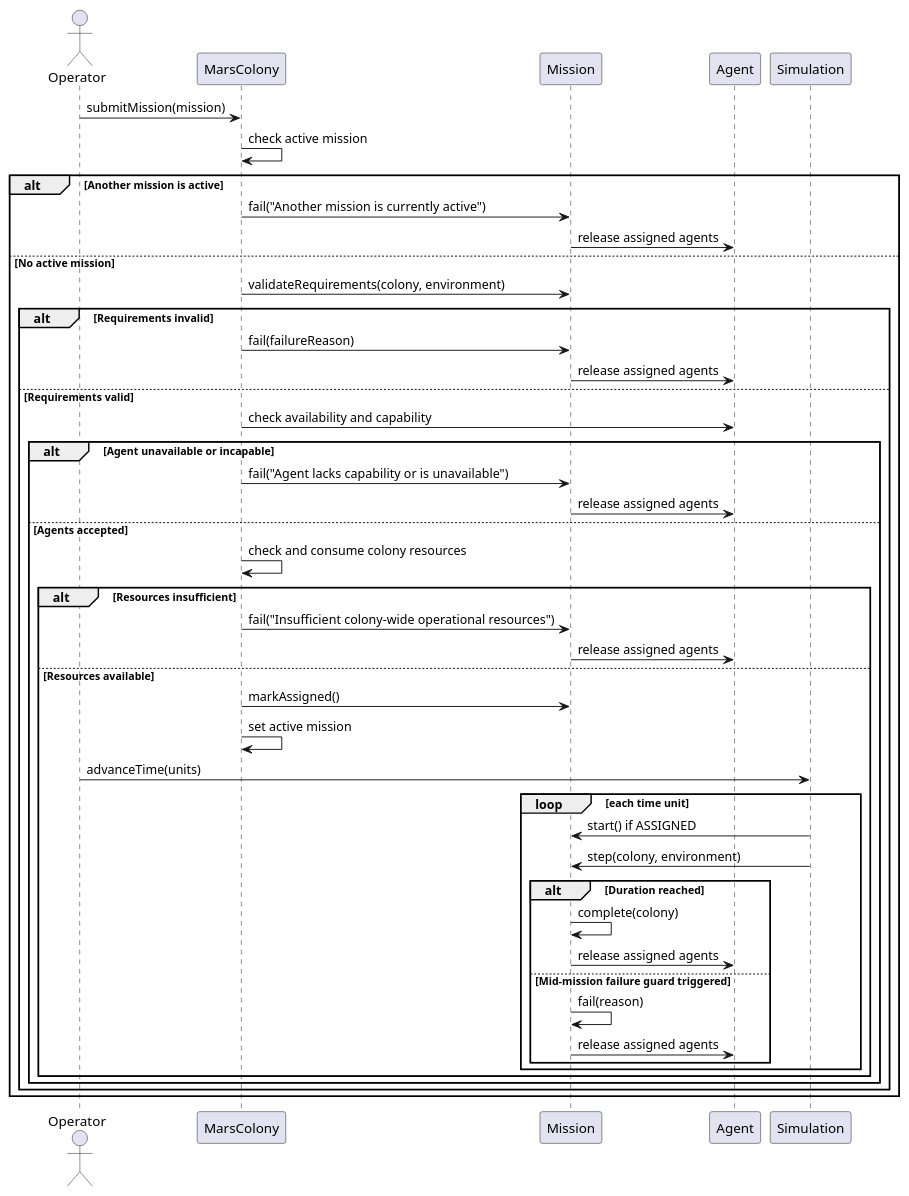
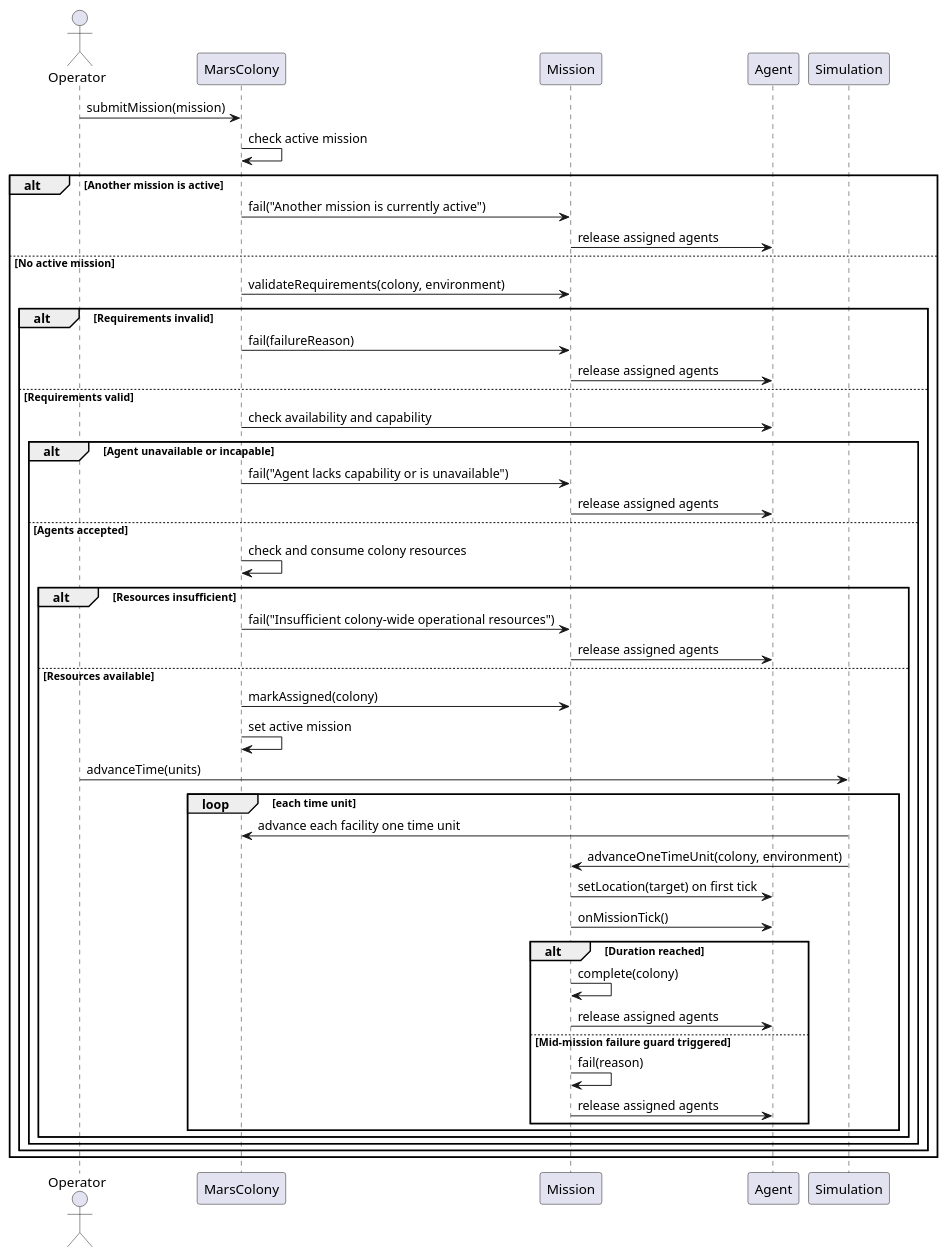
One commit to Toqa-Elsaqqa/MarsColony changed the diagram in docs/sequence_A_mission_execution.puml. Above: the diagram before and after it, drawn with PlantUML. The commit also changed 34 other files, not shown here.

```diff
--- a/docs/sequence_A_mission_execution.puml
+++ b/docs/sequence_A_mission_execution.puml
@@ -1,47 +1,49 @@
 @startuml
 actor Operator
 participant MarsColony
 participant Mission
 participant Agent
 participant Simulation
 
 Operator -> MarsColony : submitMission(mission)
 MarsColony -> MarsColony : check active mission
 alt Another mission is active
     MarsColony -> Mission : fail("Another mission is currently active")
     Mission -> Agent : release assigned agents
 else No active mission
     MarsColony -> Mission : validateRequirements(colony, environment)
     alt Requirements invalid
         MarsColony -> Mission : fail(failureReason)
         Mission -> Agent : release assigned agents
     else Requirements valid
         MarsColony -> Agent : check availability and capability
         alt Agent unavailable or incapable
             MarsColony -> Mission : fail("Agent lacks capability or is unavailable")
             Mission -> Agent : release assigned agents
         else Agents accepted
             MarsColony -> MarsColony : check and consume colony resources
             alt Resources insufficient
                 MarsColony -> Mission : fail("Insufficient colony-wide operational resources")
                 Mission -> Agent : release assigned agents
             else Resources available
-                MarsColony -> Mission : markAssigned()
+                MarsColony -> Mission : markAssigned(colony)
                 MarsColony -> MarsColony : set active mission
                 Operator -> Simulation : advanceTime(units)
                 loop each time unit
-                    Simulation -> Mission : start() if ASSIGNED
-                    Simulation -> Mission : step(colony, environment)
+                    Simulation -> MarsColony : advance each facility one time unit
+                    Simulation -> Mission : advanceOneTimeUnit(colony, environment)
+                    Mission -> Agent : setLocation(target) on first tick
+                    Mission -> Agent : onMissionTick()
                     alt Duration reached
                         Mission -> Mission : complete(colony)
                         Mission -> Agent : release assigned agents
                     else Mid-mission failure guard triggered
                         Mission -> Mission : fail(reason)
                         Mission -> Agent : release assigned agents
                     end
                 end
             end
         end
     end
 end
 @enduml
```
